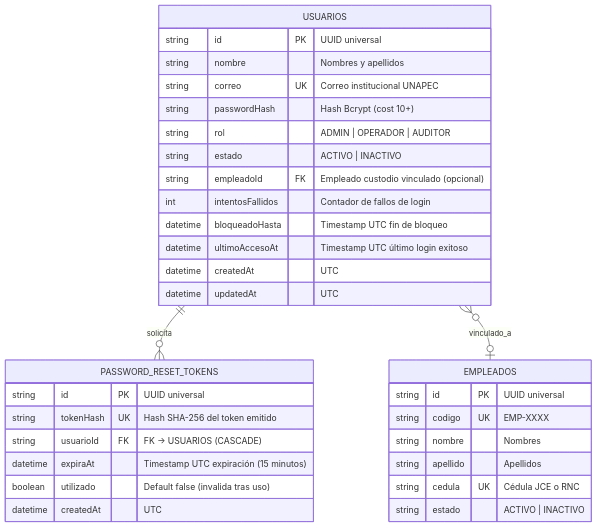
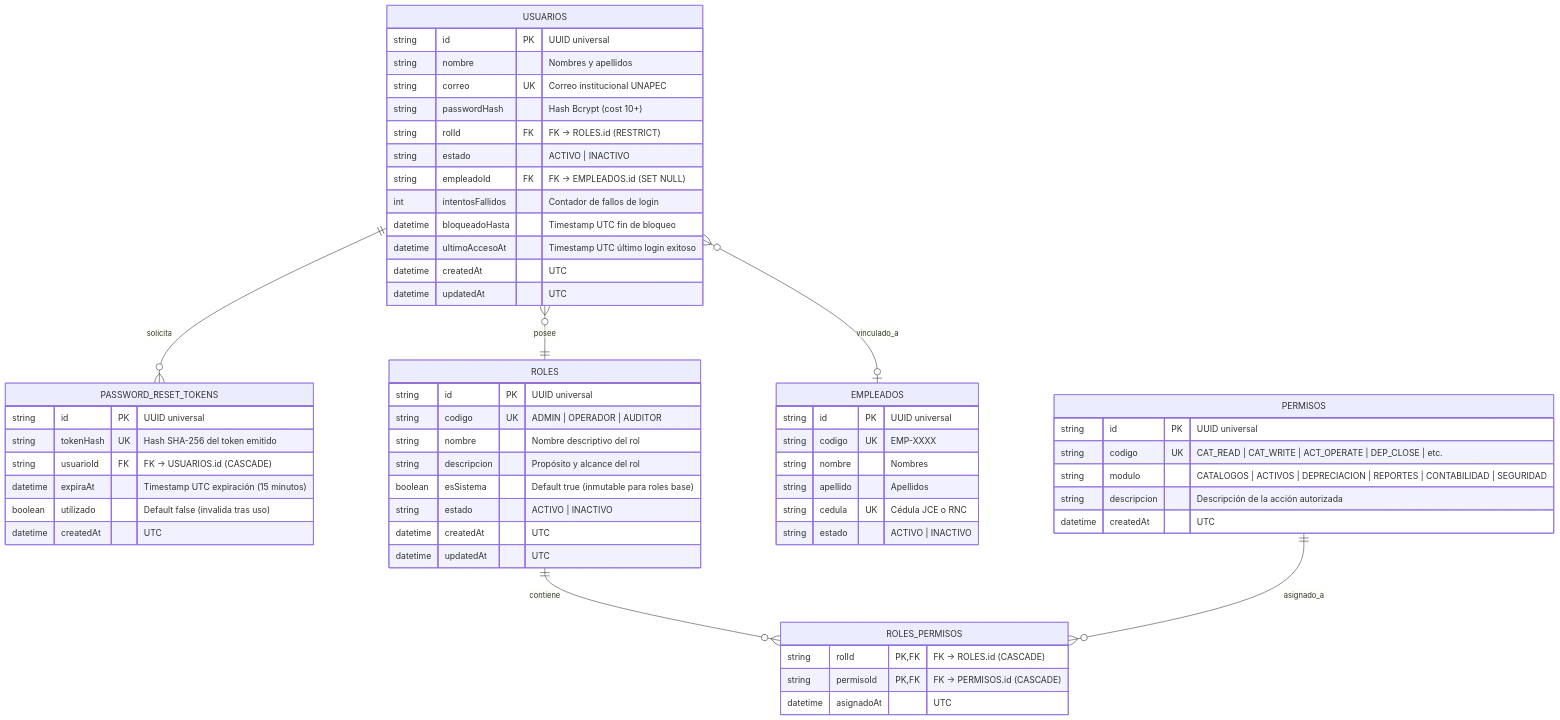
Before and after one commit to JeremyJS20/activa_core: the second of 2 diagrams in specs/activos-fijos/00-autenticacion-rbac/requirements.md, drawn with Mermaid. The commit also changed other lines of this file, not shown here.

Commit message:
docs(auth): formalize relational rbac with roles, permissions and password recovery

````diff
--- a/specs/activos-fijos/00-autenticacion-rbac/requirements.md
+++ b/specs/activos-fijos/00-autenticacion-rbac/requirements.md
@@ -253,38 +271,66 @@
 ```mermaid
 erDiagram
     USUARIOS ||--o{ PASSWORD_RESET_TOKENS : "solicita"
+    USUARIOS }o--|| ROLES : "posee"
     USUARIOS }o--o| EMPLEADOS : "vinculado_a"
+    ROLES ||--o{ ROLES_PERMISOS : "contiene"
+    PERMISOS ||--o{ ROLES_PERMISOS : "asignado_a"
 
     USUARIOS {
         string id PK "UUID universal"
         string nombre "Nombres y apellidos"
         string correo UK "Correo institucional UNAPEC"
         string passwordHash "Hash Bcrypt (cost 10+)"
-        string rol "ADMIN | OPERADOR | AUDITOR"
+        string rolId FK "FK -> ROLES.id (RESTRICT)"
         string estado "ACTIVO | INACTIVO"
-        string empleadoId FK "Empleado custodio vinculado (opcional)"
+        string empleadoId FK "FK -> EMPLEADOS.id (SET NULL)"
         int intentosFallidos "Contador de fallos de login"
         datetime bloqueadoHasta "Timestamp UTC fin de bloqueo"
         datetime ultimoAccesoAt "Timestamp UTC último login exitoso"
         datetime createdAt "UTC"
         datetime updatedAt "UTC"
     }
 
+    ROLES {
+        string id PK "UUID universal"
+        string codigo UK "ADMIN | OPERADOR | AUDITOR"
+        string nombre "Nombre descriptivo del rol"
+        string descripcion "Propósito y alcance del rol"
+        boolean esSistema "Default true (inmutable para roles base)"
+        string estado "ACTIVO | INACTIVO"
+        datetime createdAt "UTC"
+        datetime updatedAt "UTC"
+    }
+
+    PERMISOS {
+        string id PK "UUID universal"
+        string codigo UK "CAT_READ | CAT_WRITE | ACT_OPERATE | DEP_CLOSE | etc."
+        string modulo "CATALOGOS | ACTIVOS | DEPRECIACION | REPORTES | CONTABILIDAD | SEGURIDAD"
+        string descripcion "Descripción de la acción autorizada"
+        datetime createdAt "UTC"
+    }
+
+    ROLES_PERMISOS {
+        string rolId PK,FK "FK -> ROLES.id (CASCADE)"
+        string permisoId PK,FK "FK -> PERMISOS.id (CASCADE)"
+        datetime asignadoAt "UTC"
+    }
+
     PASSWORD_RESET_TOKENS {
         string id PK "UUID universal"
         string tokenHash UK "Hash SHA-256 del token emitido"
-        string usuarioId FK "FK -> USUARIOS (CASCADE)"
+        string usuarioId FK "FK -> USUARIOS.id (CASCADE)"
         datetime expiraAt "Timestamp UTC expiración (15 minutos)"
         boolean utilizado "Default false (invalida tras uso)"
         datetime createdAt "UTC"
     }
 
     EMPLEADOS {
         string id PK "UUID universal"
         string codigo UK "EMP-XXXX"
         string nombre "Nombres"
         string apellido "Apellidos"
         string cedula UK "Cédula JCE o RNC"
         string estado "ACTIVO | INACTIVO"
     }
 ```
````
